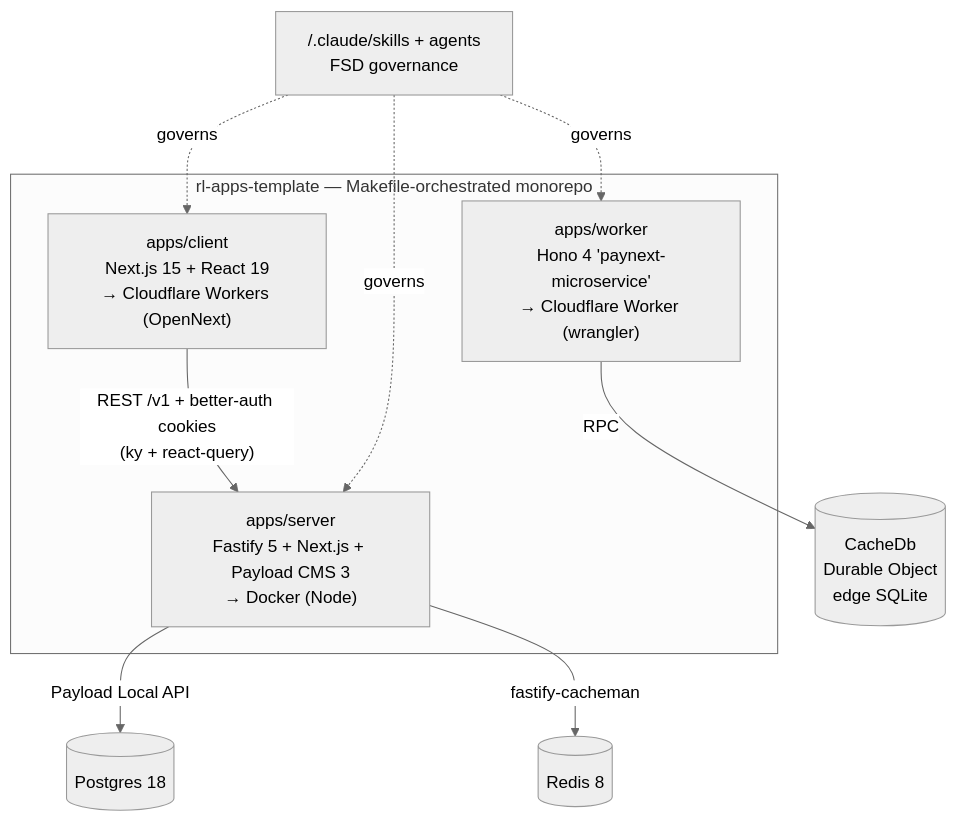
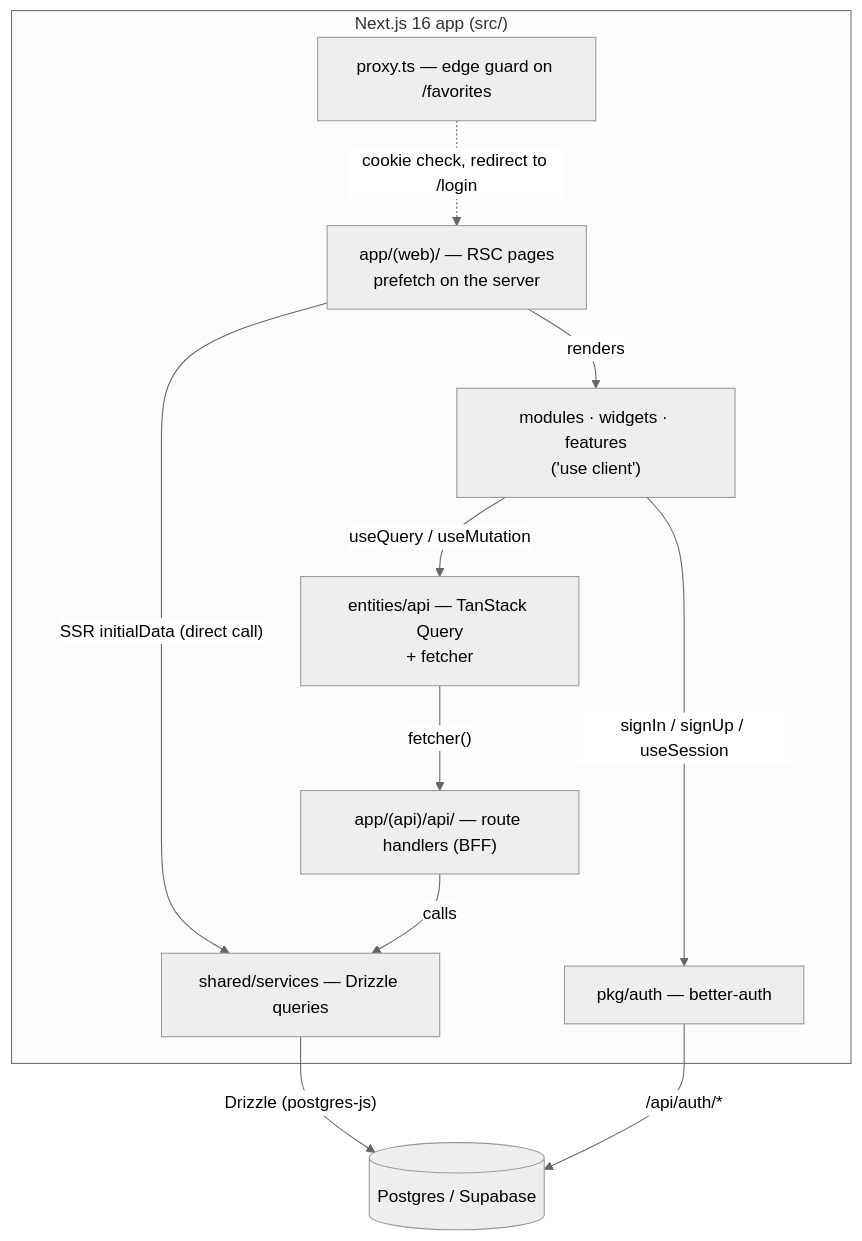
One commit to dmytro-smolyarow/homework changed the diagram in .claude/wiki/index.md. Above: the diagram before and after it, drawn with Mermaid (neutral theme). The commit also changed other lines of this file and 26 other files, not shown here.

````diff
--- a/.claude/wiki/index.md
+++ b/.claude/wiki/index.md
@@ -22,20 +24,23 @@
 ```mermaid
 graph TD
-  subgraph repo["rl-apps-template — Makefile-orchestrated monorepo"]
-    CLIENT["apps/client<br/>Next.js 15 + React 19<br/>→ Cloudflare Workers (OpenNext)"]
-    SERVER["apps/server<br/>Fastify 5 + Next.js + Payload CMS 3<br/>→ Docker (Node)"]
-    WORKER["apps/worker<br/>Hono 4 'paynext-microservice'<br/>→ Cloudflare Worker (wrangler)"]
+  subgraph next["Next.js 16 app (src/)"]
+    WEB["app/(web)/ — RSC pages<br/>prefetch on the server"]
+    API["app/(api)/api/ — route handlers (BFF)"]
+    UI["modules · widgets · features<br/>('use client')"]
+    ENT["entities/api — TanStack Query<br/>+ fetcher"]
+    SVC["shared/services — Drizzle queries"]
+    AUTH["pkg/auth — better-auth"]
+    PROXY["proxy.ts — edge guard on /favorites"]
   end
-  PG[("Postgres 18")]
-  RD[("Redis 8")]
-  DO[("CacheDb<br/>Durable Object<br/>edge SQLite")]
-  SKILLS["/.claude/skills + agents<br/>FSD governance"]
+  PG[("Postgres / Supabase")]
 
-  CLIENT -- "REST /v1 + better-auth cookies<br/>(ky + react-query)" --> SERVER
-  SERVER -- "Payload Local API" --> PG
-  SERVER -- "fastify-cacheman" --> RD
-  WORKER -- "RPC" --> DO
-  SKILLS -. governs .-> CLIENT
-  SKILLS -. governs .-> SERVER
-  SKILLS -. governs .-> WORKER
+  WEB -- "renders" --> UI
+  WEB -- "SSR initialData (direct call)" --> SVC
+  UI -- "useQuery / useMutation" --> ENT
+  ENT -- "fetcher()" --> API
+  API -- "calls" --> SVC
+  SVC -- "Drizzle (postgres-js)" --> PG
+  UI -- "signIn / signUp / useSession" --> AUTH
+  AUTH -- "/api/auth/*" --> PG
+  PROXY -. "cookie check, redirect to /login" .-> WEB
 ```
````
